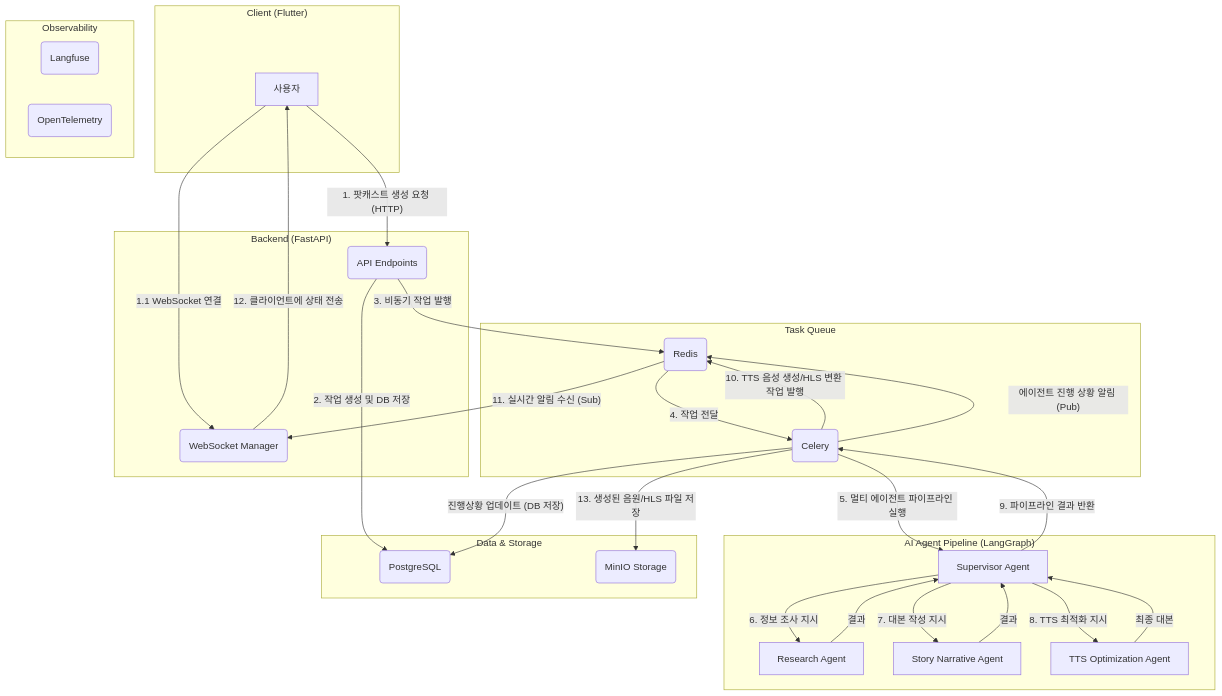
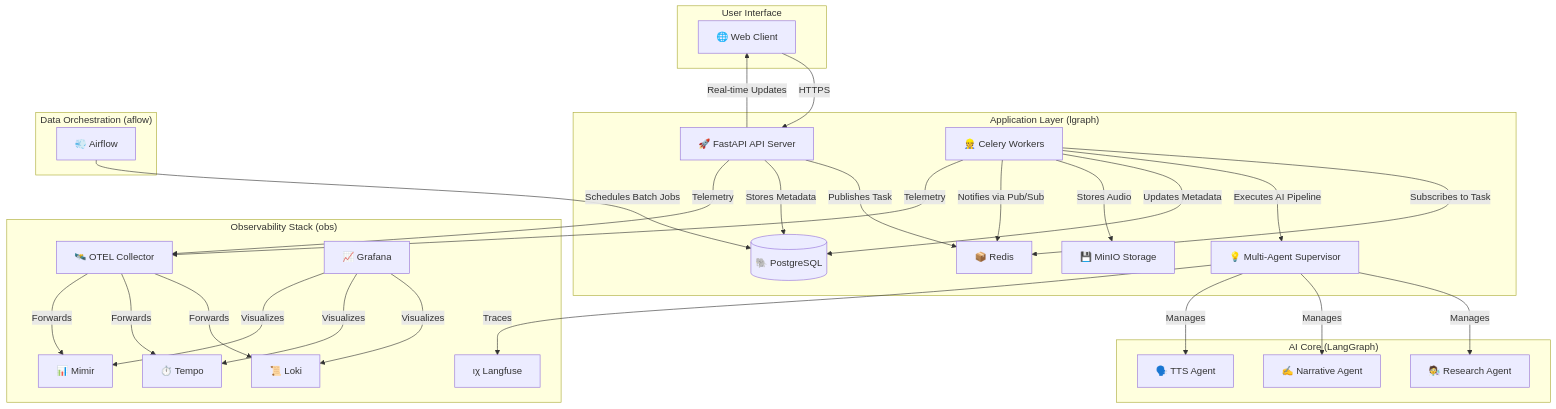
One commit to sungminna/trender changed the diagram in lgraph/README.md. Above: the diagram before and after it, drawn with Mermaid. The commit also changed other lines of this file and 1 other file, not shown here.

````diff
--- a/lgraph/README.md
+++ b/lgraph/README.md
@@ -20,53 +19,40 @@
 ```mermaid
 graph TD
-    subgraph "Client (Flutter)"
-        A[사용자]
+    subgraph "User Interface"
+        Client[🌐 Web Client]
     end
 
-    subgraph "Backend (FastAPI)"
-        B(API Endpoints)
-        C(WebSocket Manager)
+    subgraph "Application Layer (lgraph)"
+        Client -- HTTPS --> API[🚀 FastAPI API Server]
+        API -- Publishes Task --> Redis[📦 Redis]
+        API -- Stores Metadata --> DB[(🐘 PostgreSQL)]
+        API -- Real-time Updates --> Client
+
+        Celery[👷 Celery Workers] -- Subscribes to Task --> Redis
+        Celery -- Executes AI Pipeline --> Agents
+        Celery -- Updates Metadata --> DB
+        Celery -- Stores Audio --> MinIO[💾 MinIO Storage]
+        Celery -- Notifies via Pub/Sub --> Redis
     end
 
-    subgraph "Task Queue"
-        D(Celery)
-        E(Redis)
+    subgraph "AI Core (LangGraph)"
+        Agents[💡 Multi-Agent Supervisor]
+        Agents -- Manages --> ResearchAgent[🧑‍🔬 Research Agent]
+        Agents -- Manages --> NarrativeAgent[✍️ Narrative Agent]
+        Agents -- Manages --> TTSAgent[🗣️ TTS Agent]
     end
 
-    subgraph "AI Agent Pipeline (LangGraph)"
-        F[Supervisor Agent]
-        G[Research Agent]
-        H[Story Narrative Agent]
-        I[TTS Optimization Agent]
+    subgraph "Observability Stack (obs)"
+        API -- Telemetry --> OTEL[🛰️ OTEL Collector]
+        Celery -- Telemetry --> OTEL
+        Agents -- Traces --> Langfuse[ιχ Langfuse]
+        OTEL -- Forwards --> Loki[📜 Loki]
+        OTEL -- Forwards --> Tempo[⏱️ Tempo]
+        OTEL -- Forwards --> Mimir[📊 Mimir]
+        Grafana[📈 Grafana] -- Visualizes --> Loki & Tempo & Mimir
     end
 
-    subgraph "Data & Storage"
-        J(PostgreSQL)
-        K(MinIO Storage)
+    subgraph "Data Orchestration (aflow)"
+        Airflow[💨 Airflow] -- Schedules Batch Jobs --> DB
     end
-    
-    subgraph "Observability"
-        L(Langfuse)
-        M(OpenTelemetry)
-    end
-
-    A -- "1. 팟캐스트 생성 요청 (HTTP)" --> B
-    B -- "2. 작업 생성 및 DB 저장" --> J
-    B -- "3. 비동기 작업 발행" --> E
-    A -- "1.1 WebSocket 연결" --> C
-    E -- "4. 작업 전달" --> D
-    D -- "5. 멀티 에이전트 파이프라인 실행" --> F
-    F -- "6. 정보 조사 지시" --> G
-    G -- "결과" --> F
-    F -- "7. 대본 작성 지시" --> H
-    H -- "결과" --> F
-    F -- "8. TTS 최적화 지시" --> I
-    I -- "최종 대본" --> F
-    F -- "9. 파이프라인 결과 반환" --> D
-    D -- "10. TTS 음성 생성/HLS 변환 작업 발행" --> E
-    D -- "진행상황 업데이트 (DB 저장)" --> J
-    D -- "에이전트 진행 상황 알림 (Pub)" --> E
-    E -- "11. 실시간 알림 수신 (Sub)" --> C
-    C -- "12. 클라이언트에 상태 전송" --> A
-    D -- "13. 생성된 음원/HLS 파일 저장" --> K
 ```
````
